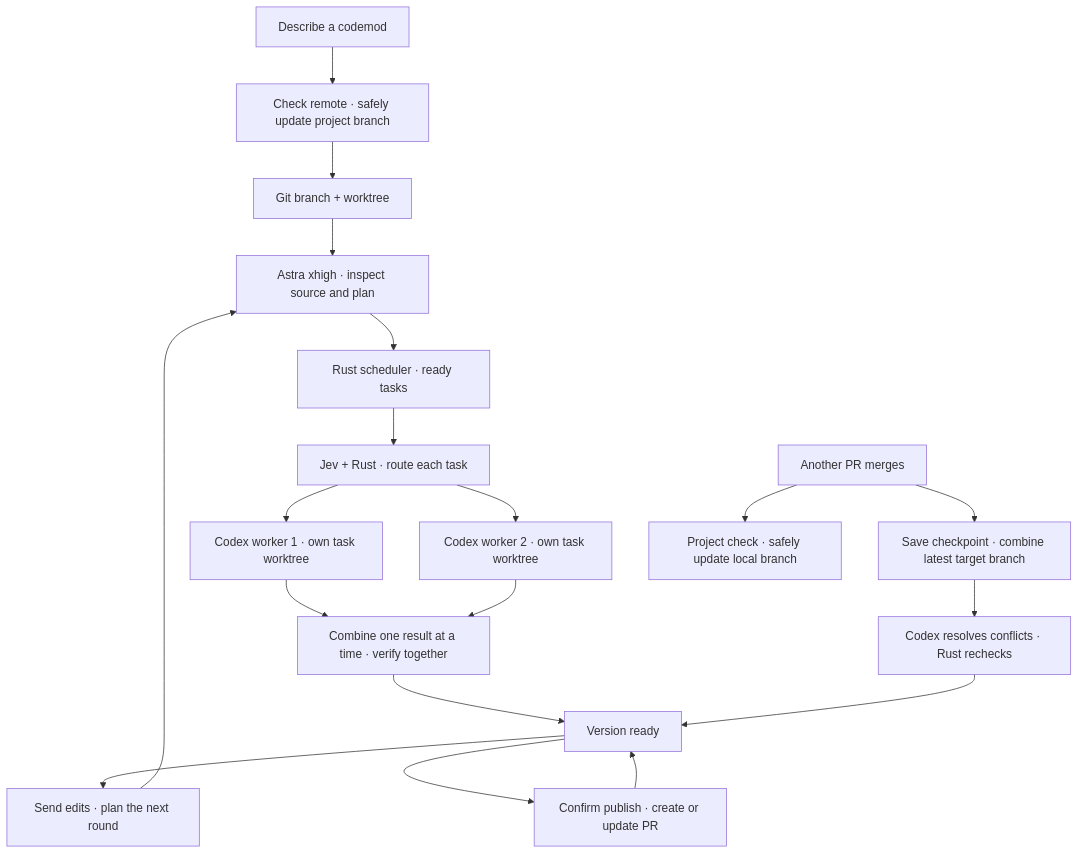
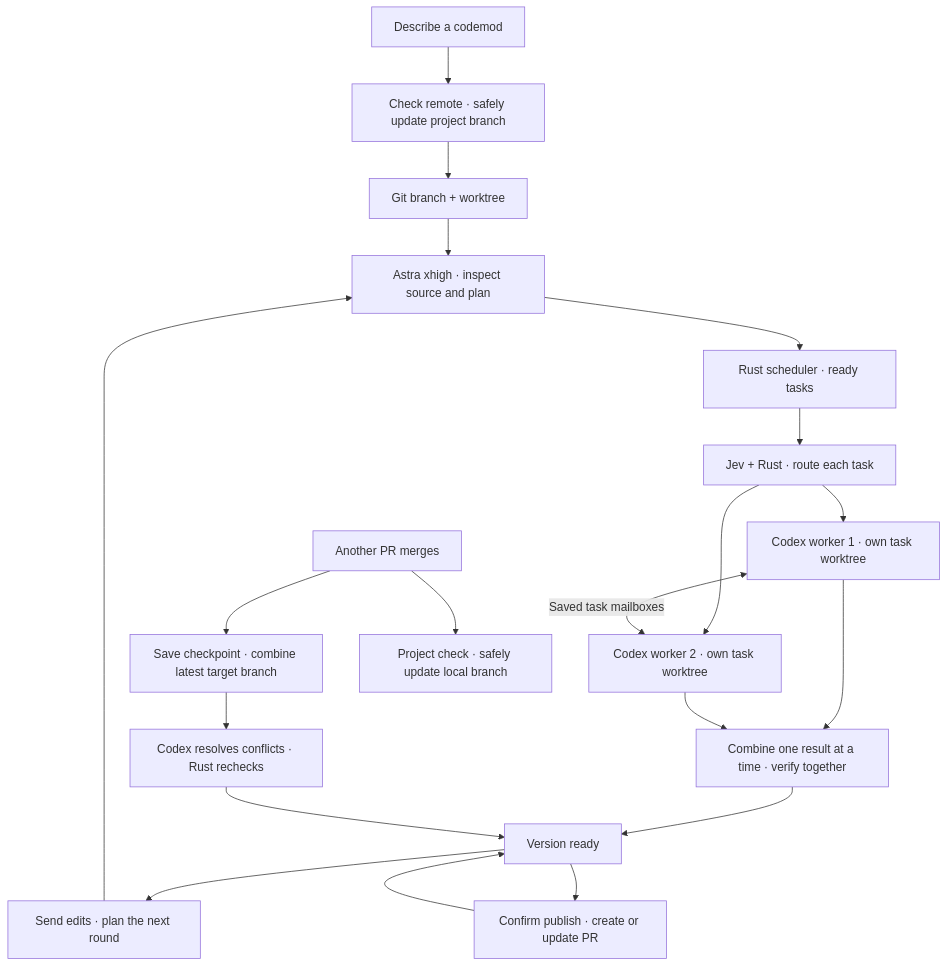
One commit to minimumeffort-dev/sprowt.harness changed the diagram in README.md. Above: the diagram before and after it, drawn with Mermaid. The commit also changed other lines of this file and 12 other files, not shown here.

````diff
--- a/README.md
+++ b/README.md
@@ -34,21 +34,22 @@
 ```mermaid
 flowchart TB
     goal["Describe a codemod"] --> sync["Check remote · safely update project branch"]
     sync --> setup["Git branch + worktree"]
     setup --> planner["Astra xhigh · inspect source and plan"]
     planner --> schedule["Rust scheduler · ready tasks"]
     schedule --> route["Jev + Rust · route each task"]
     route --> first["Codex worker 1 · own task worktree"]
     route --> second["Codex worker 2 · own task worktree"]
+    first <-->|"Saved task mailboxes"| second
     first --> combine["Combine one result at a time · verify together"]
     second --> combine
     combine --> ready["Version ready"]
     ready --> edits["Send edits · plan the next round"]
     edits --> planner
     ready --> publish["Confirm publish · create or update PR"]
     publish --> ready
     upstream["Another PR merges"] --> update["Save checkpoint · combine latest target branch"]
     upstream --> local["Project check · safely update local branch"]
     update --> verify["Codex resolves conflicts · Rust rechecks"]
     verify --> ready
 ```
````
